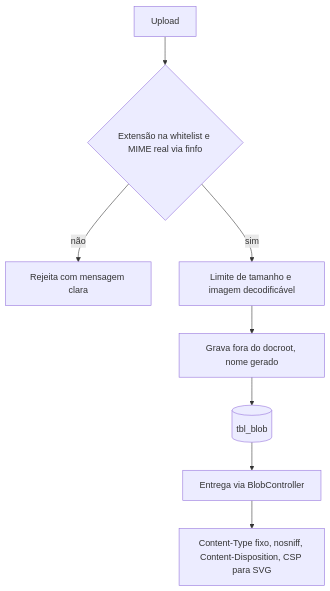
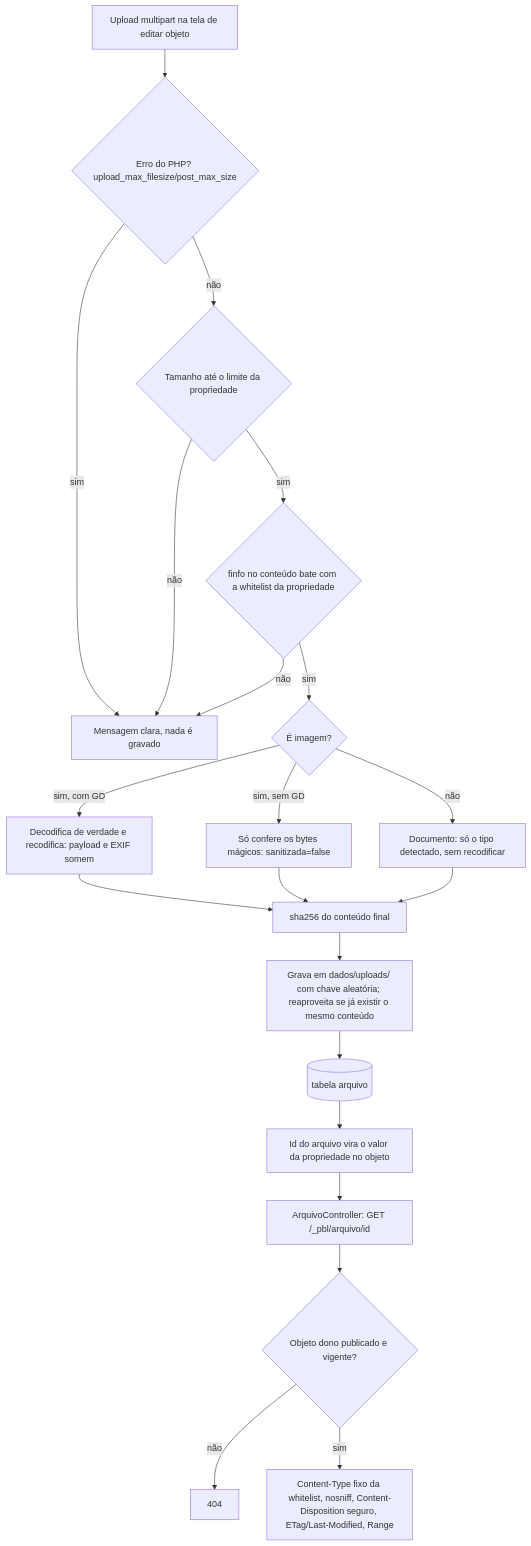
The diagram in docs/fluxos/07-upload-blobs.md (publicare/publicare4), drawn with Mermaid before and after one commit. The commit also changed other lines of this file and 11 other files, not shown here.

````diff
--- a/docs/fluxos/07-upload-blobs.md
+++ b/docs/fluxos/07-upload-blobs.md
@@ -14,10 +18,23 @@
 ```mermaid
 flowchart TD
-    UP[Upload] --> VL{Extensão na whitelist e MIME real via finfo}
-    VL -- não --> RJ[Rejeita com mensagem clara]
-    VL -- sim --> SZ[Limite de tamanho e imagem decodificável]
-    SZ --> ST[Grava fora do docroot, nome gerado]
-    ST --> DB[(tbl_blob)]
-    DB --> SV[Entrega via BlobController]
-    SV --> HD[Content-Type fixo, nosniff, Content-Disposition, CSP para SVG]
+    UP[Upload multipart na tela de editar objeto] --> ERR{Erro do PHP? upload_max_filesize/post_max_size}
+    ERR -- sim --> RJ1[Mensagem clara, nada é gravado]
+    ERR -- não --> TAM{Tamanho até o limite da propriedade}
+    TAM -- não --> RJ1
+    TAM -- sim --> FI{finfo no conteúdo bate com a whitelist da propriedade}
+    FI -- não --> RJ1
+    FI -- sim --> IMG{É imagem?}
+    IMG -- sim, com GD --> GD[Decodifica de verdade e recodifica: payload e EXIF somem]
+    IMG -- sim, sem GD --> HDR[Só confere os bytes mágicos: sanitizada=false]
+    IMG -- não --> DOC[Documento: só o tipo detectado, sem recodificar]
+    GD --> SHA
+    HDR --> SHA
+    DOC --> SHA[sha256 do conteúdo final]
+    SHA --> ST[Grava em dados/uploads/ com chave aleatória; reaproveita se já existir o mesmo conteúdo]
+    ST --> DB[(tabela arquivo)]
+    DB --> OBJ[Id do arquivo vira o valor da propriedade no objeto]
+    OBJ --> SV[ArquivoController: GET /_pbl/arquivo/id]
+    SV --> VIS{Objeto dono publicado e vigente?}
+    VIS -- não --> N404[404]
+    VIS -- sim --> HD[Content-Type fixo da whitelist, nosniff, Content-Disposition seguro, ETag/Last-Modified, Range]
 ```
````
